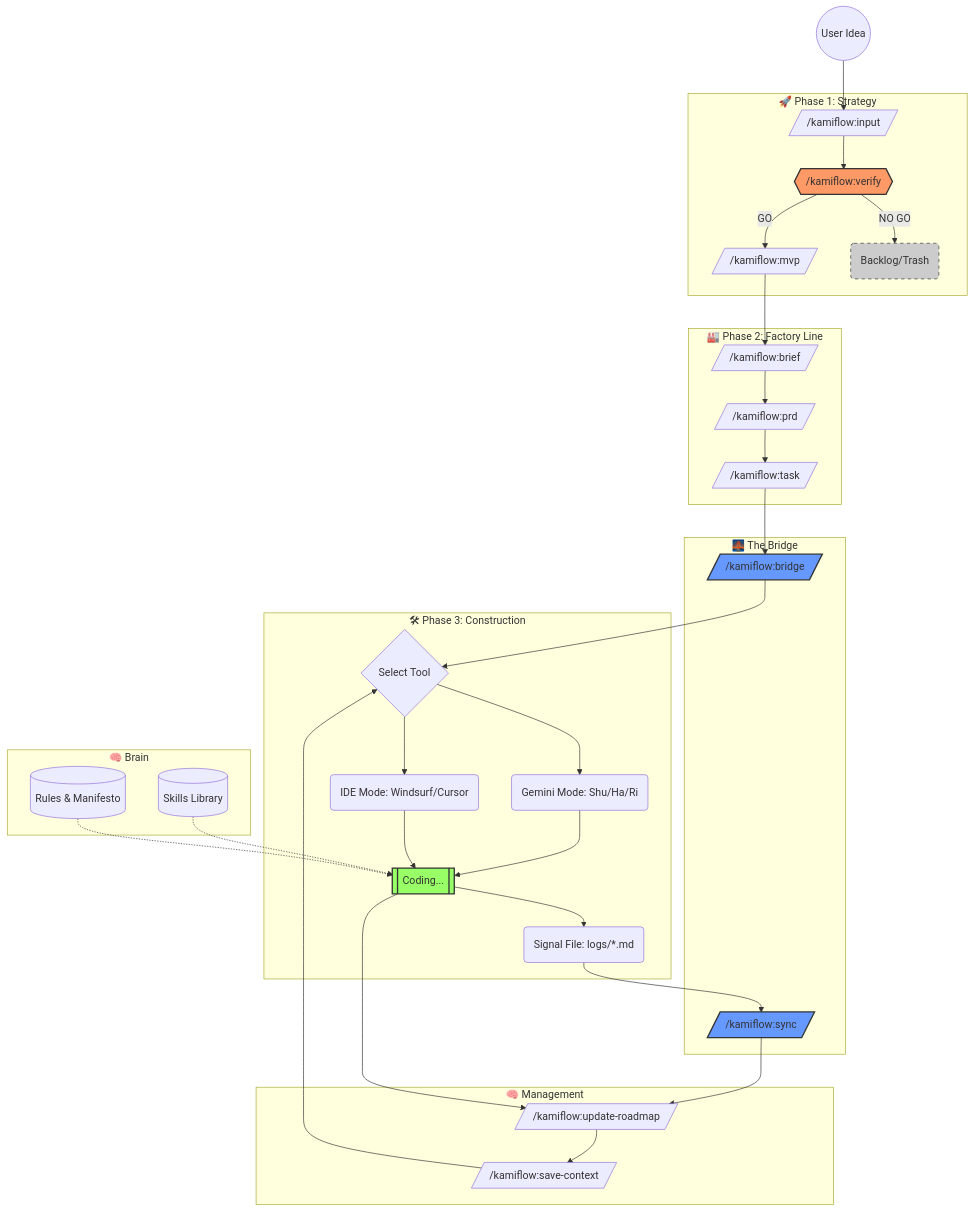
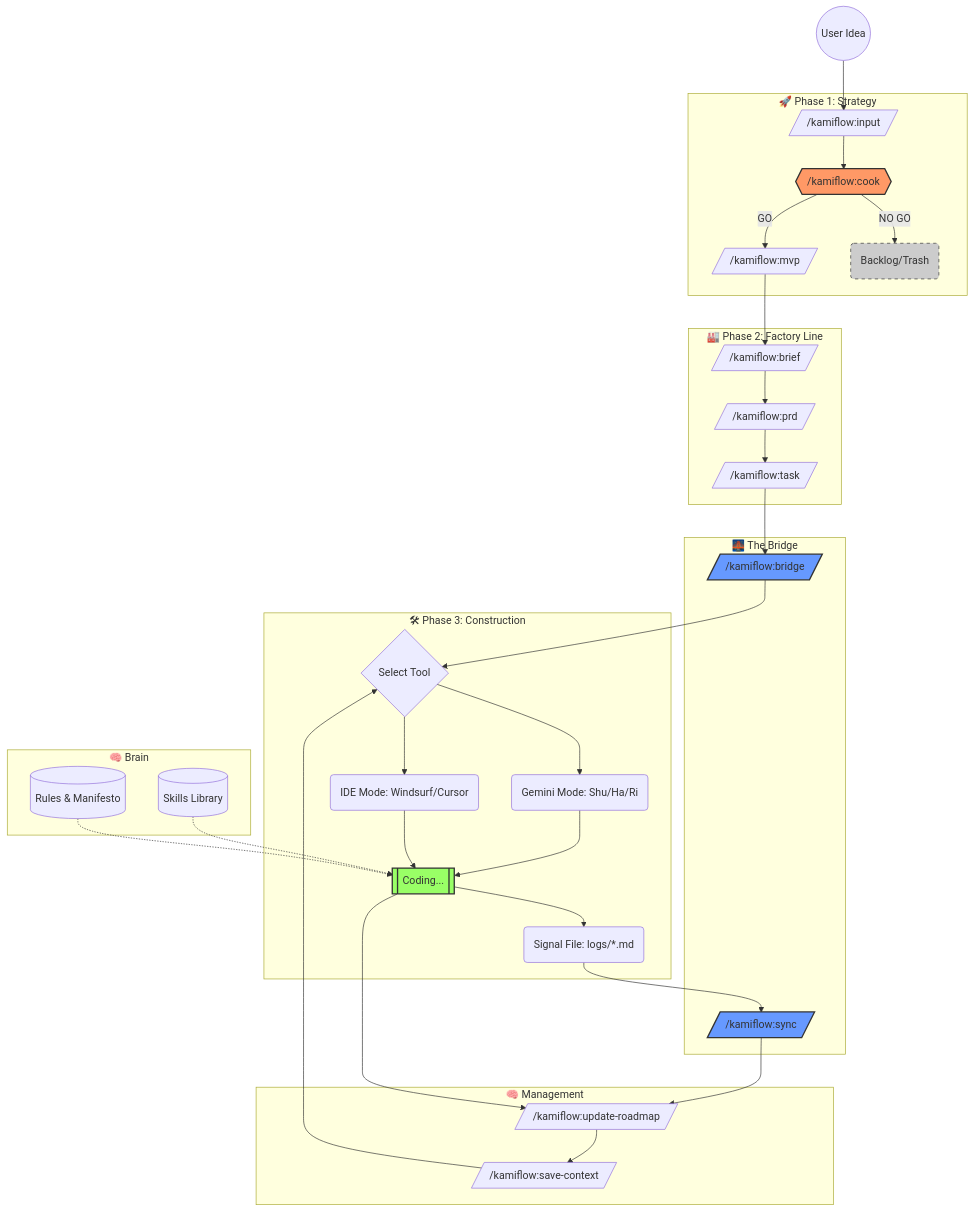
Before and after one commit to kamishino/gemini-cli-workflow: the diagram in docs/KAMIFLOW_OVERVIEW.md, drawn with Mermaid. The commit also changed other lines of this file and 5 other files, not shown here.

Commit message:
feat(cook): replace verify command with interactive cook command

````diff
--- a/docs/KAMIFLOW_OVERVIEW.md
+++ b/docs/KAMIFLOW_OVERVIEW.md
@@ -8,76 +8,76 @@
 ```mermaid
 graph TD
     %% Nodes
     Start((User Idea))
     
     subgraph Strategy_Phase [🚀 Phase 1: Strategy]
         Input[/"/kamiflow:input"/]
-        Verify{{"/kamiflow:verify"}}
+        Cook{{"/kamiflow:cook"}}
         MVP[/"/kamiflow:mvp"/]
         Trash(Backlog/Trash)
     end
     
     subgraph Factory_Phase [🏭 Phase 2: Factory Line]
         Brief[/"/kamiflow:brief"/]
         PRD[/"/kamiflow:prd"/]
         Tasks[/"/kamiflow:task"/]
     end
     
     subgraph Bridge [🌉 The Bridge]
         Handoff[/"/kamiflow:bridge"/]
         Sync[/"/kamiflow:sync"/]
     end
     
     subgraph Construction_Phase [🛠 Phase 3: Construction]
         Mode{Select Tool}
         GeminiMode(Gemini Mode: Shu/Ha/Ri)
         IdeMode(IDE Mode: Windsurf/Cursor)
         Code[[Coding...]]
         LogFile(Signal File: logs/*.md)
     end
     
     subgraph Knowledge_Base [🧠 Brain]
         Rules[(Rules & Manifesto)]
         Skills[(Skills Library)]
     end
     
     subgraph Management [🧠 Management]
         Roadmap[/"/kamiflow:update-roadmap"/]
         Save[/"/kamiflow:save-context"/]
     end
 
     %% Flow
     Start --> Input
-    Input --> Verify
-    Verify -- NO GO --> Trash
-    Verify -- GO --> MVP
+    Input --> Cook
+    Cook -- NO GO --> Trash
+    Cook -- GO --> MVP
     MVP --> Brief
     Brief --> PRD
     PRD --> Tasks
     Tasks --> Handoff
     
     Handoff --> Mode
     Mode --> GeminiMode
     Mode --> IdeMode
     
     GeminiMode --> Code
     IdeMode --> Code
     
     Code --> LogFile
     LogFile --> Sync
     
     Rules -.-> Code
     Skills -.-> Code
     
     Code --> Roadmap
     Sync --> Roadmap
     Roadmap --> Save
     Save --> Mode
     
     %% Styling
-    style Verify fill:#f96,stroke:#333,stroke-width:2px
+    style Cook fill:#f96,stroke:#333,stroke-width:2px
     style Trash fill:#ccc,stroke:#333,stroke-dasharray: 5 5
     style Code fill:#9f6,stroke:#333,stroke-width:2px
     style Handoff fill:#69f,stroke:#333,stroke-width:2px
     style Sync fill:#69f,stroke:#333,stroke-width:2px
 ```
````
